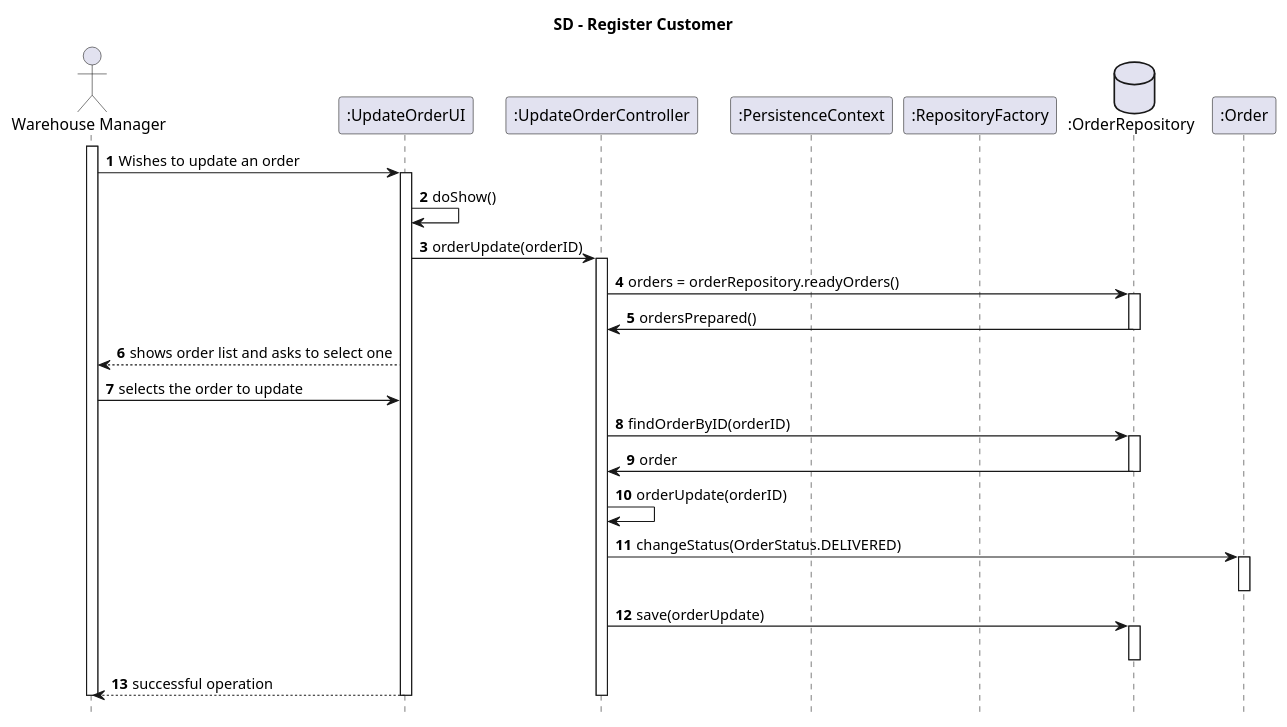
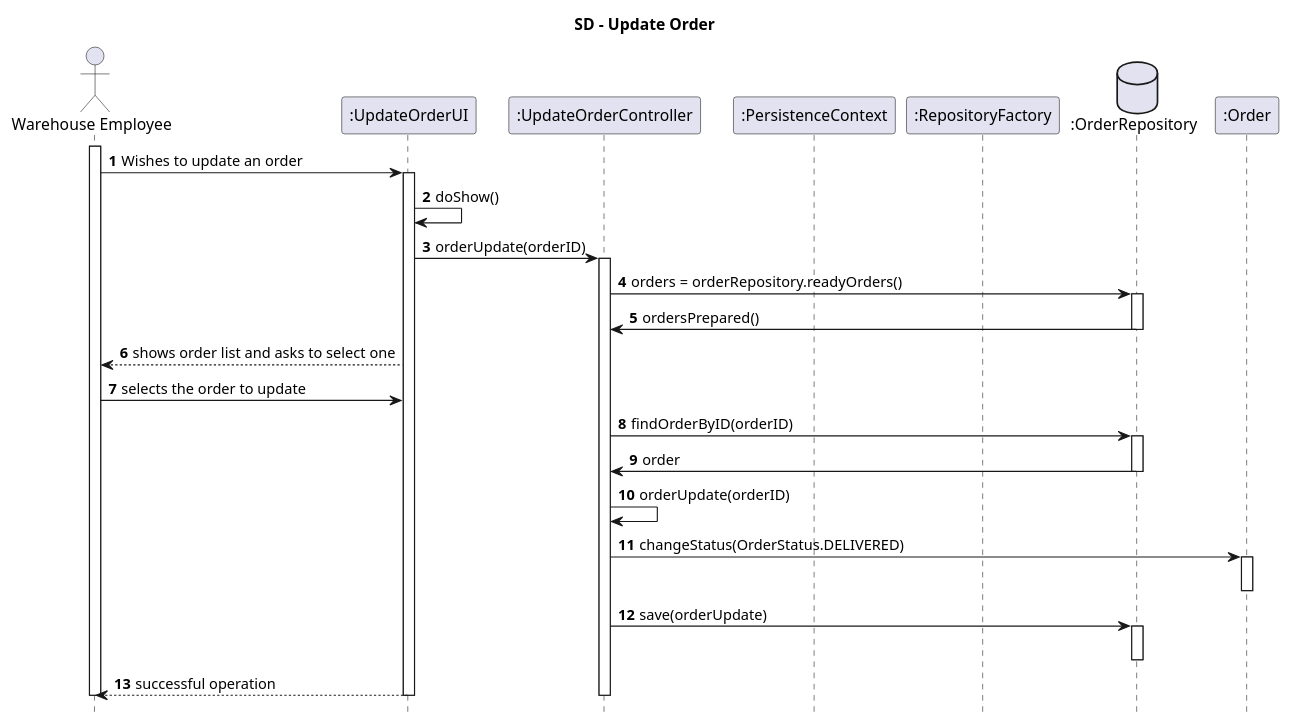
The diagram in Documentação/1190772/US2004/US2004_SD.puml (1190772/LAB-Project-4), drawn with PlantUML before and after one commit. The commit also changed 1 other file, not shown here.

```diff
--- a/Documentação/1190772/US2004/US2004_SD.puml
+++ b/Documentação/1190772/US2004/US2004_SD.puml
@@ -1,51 +1,51 @@
 @startuml
 autonumber
 hide footbox
 
-title SD - Register Customer
+title SD - Update Order
 
-        actor "Warehouse Manager" as wm
+        actor "Warehouse Employee" as wm
 		participant ":UpdateOrderUI" as ui
 		participant ":UpdateOrderController" as ctrl
 		participant ":PersistenceContext" as pc
 		participant ":RepositoryFactory" as rf
 		database ":OrderRepository" as repoPC
         participant ":Order" as prod
         activate wm
 
         wm -> ui: Wishes to update an order
         activate ui
 		ui->ui:doShow()
         		ui->ctrl:orderUpdate(orderID)
         		activate ctrl
 
         		ctrl->repoPC:orders = orderRepository.readyOrders()
         		activate repoPC
         		repoPC->ctrl: ordersPrepared()
         		deactivate repoPC
         		ui --> wm :  shows order list and asks to select one
         		wm -> ui : selects the order to update
         		ctrl -> repoPC: findOrderByID(orderID)
         		activate repoPC
         		repoPC->ctrl: order
         		deactivate repoPC
 
 
         		ctrl->ctrl: orderUpdate(orderID)
         		ctrl -> prod : changeStatus(OrderStatus.DELIVERED)
         		activate prod
         		deactivate prod
 
 
         		ctrl->repoPC:save(orderUpdate)
         		activate repoPC
         		deactivate repoPC
         		ui --> wm: successful operation
         		deactivate ctrl
         		deactivate ui
         		deactivate wm
 
 
 
 
 @enduml
```
